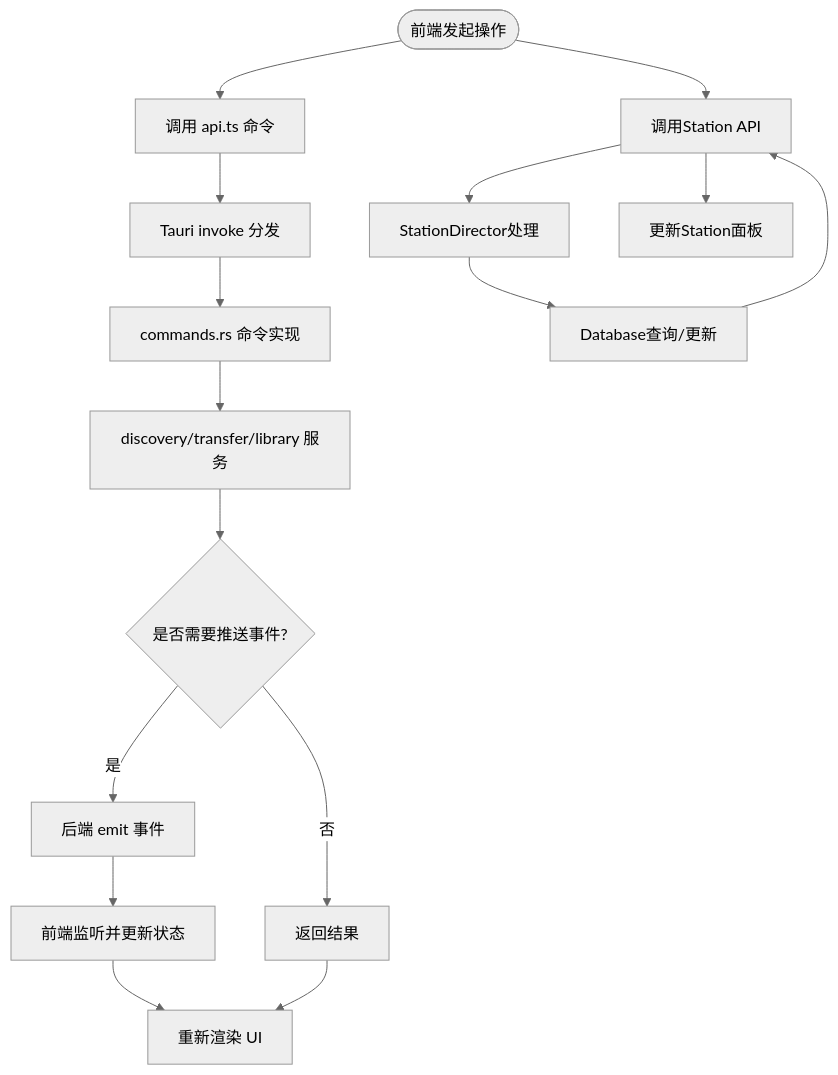
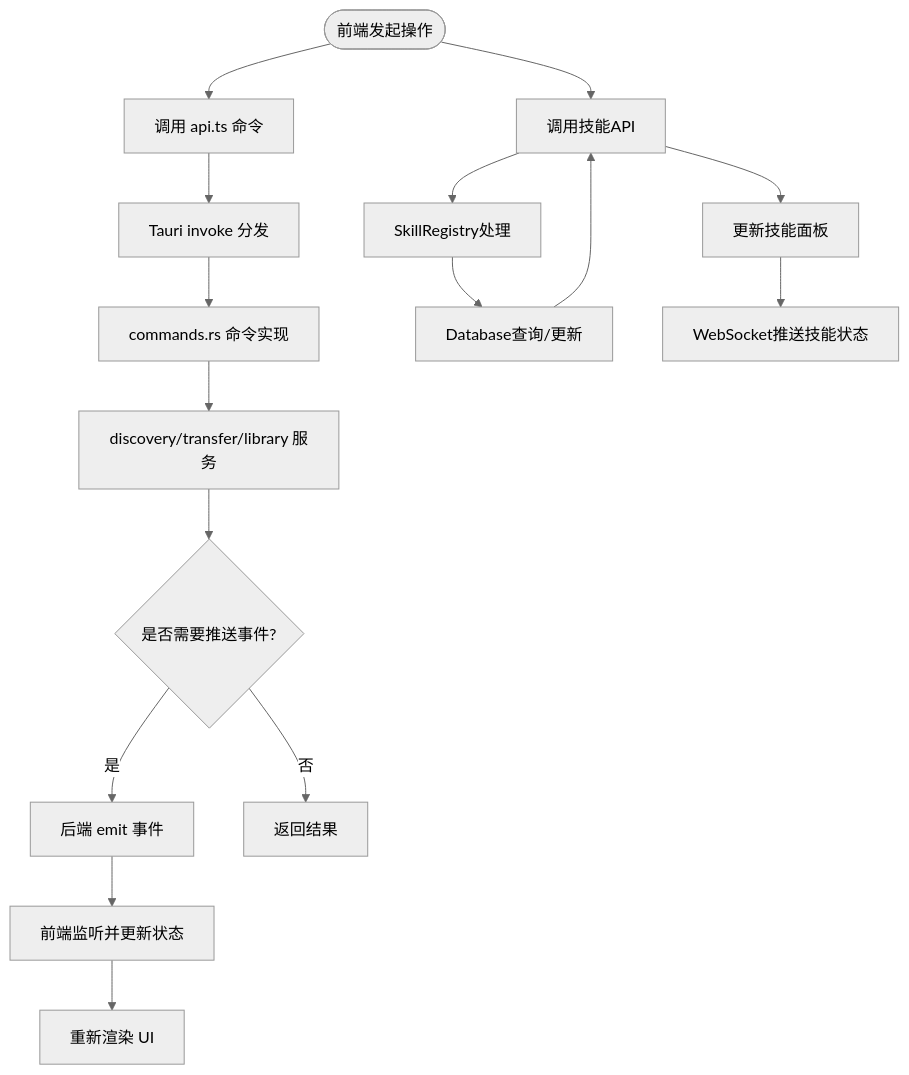
The fourth of 5 diagrams in .qoder/repowiki/zh/content/前端应用架构/前端应用架构.md (targalian/Personal-distributed-workstation), drawn with Mermaid (neutral theme) before and after one commit. The commit also changed other lines of this file and 92 other files, not shown here.

````diff
--- a/.qoder/repowiki/zh/content/前端应用架构/前端应用架构.md
+++ b/.qoder/repowiki/zh/content/前端应用架构/前端应用架构.md
@@ -310,18 +333,18 @@
 ```mermaid
 flowchart TD
 Start(["前端发起操作"]) --> Invoke["调用 api.ts 命令"]
 Invoke --> TauriInvoke["Tauri invoke 分发"]
 TauriInvoke --> CmdImpl["commands.rs 命令实现"]
 CmdImpl --> ServiceOps["discovery/transfer/library 服务"]
 ServiceOps --> EmitEvt{"是否需要推送事件?"}
 EmitEvt --> |是| FrontEvt["后端 emit 事件"]
 FrontEvt --> FEListen["前端监听并更新状态"]
 EmitEvt --> |否| Done["返回结果"]
 FEListen --> Render["重新渲染 UI"]
-Done --> Render
-Start --> StationAPI["调用Station API"]
-StationAPI --> StationDirector["StationDirector处理"]
-StationDirector --> StationDB["Database查询/更新"]
-StationDB --> StationAPI
-StationAPI --> StationUI["更新Station面板"]
+Start --> SkillsAPI["调用技能API"]
+SkillsAPI --> SkillRegistry["SkillRegistry处理"]
+SkillRegistry --> SkillDB["Database查询/更新"]
+SkillDB --> SkillsAPI
+SkillsAPI --> SkillsUI["更新技能面板"]
+SkillsUI --> WS["WebSocket推送技能状态"]
 ```
````
